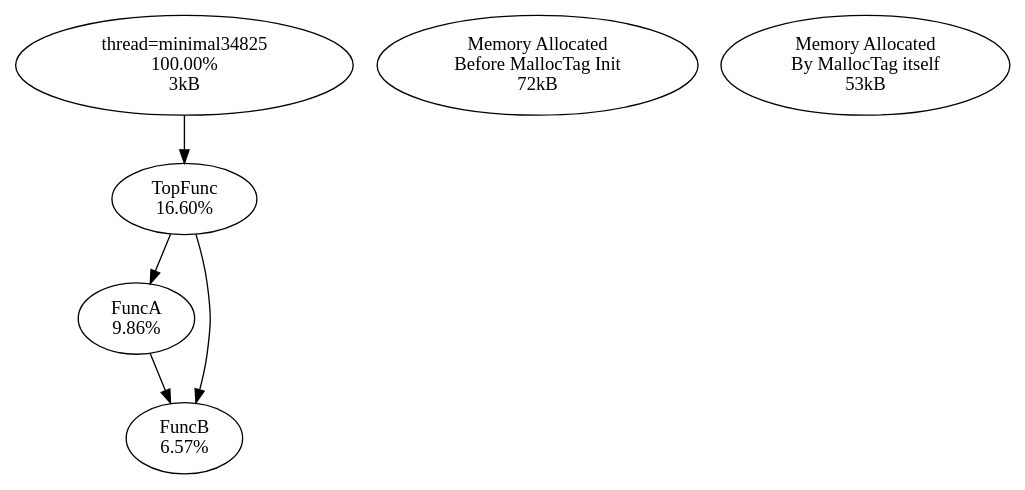
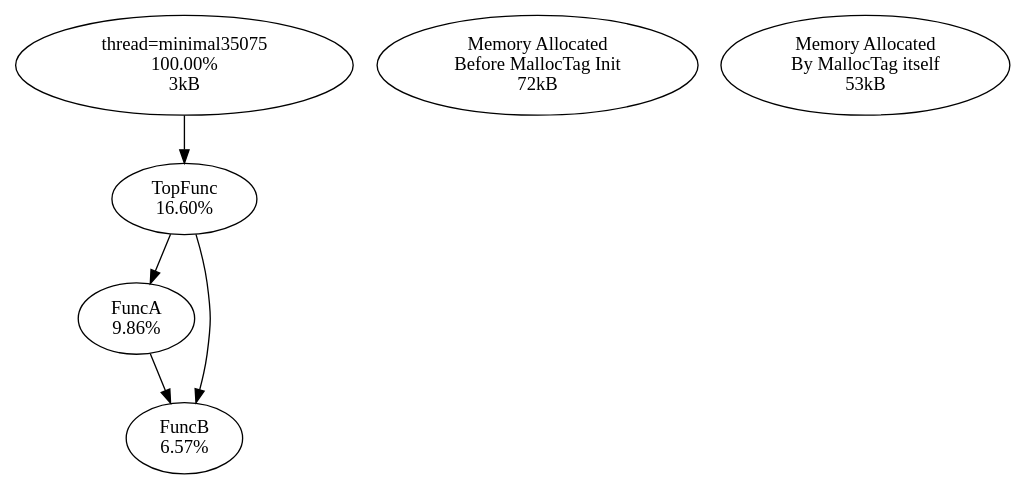
The diagram in examples/minimal/minimal_stats.dot (f18m/malloc-tag), drawn with Graphviz before and after one commit. The commit also changed 11 other files, not shown here.

```diff
--- a/examples/minimal/minimal_stats.dot
+++ b/examples/minimal/minimal_stats.dot
@@ -1,13 +1,13 @@
 digraph MallocTree {
-minimal34825 [label="thread=minimal34825\n100.00%\n3kB"]
-minimal34825 -> TopFunc
+minimal35075 [label="thread=minimal35075\n100.00%\n3kB"]
+minimal35075 -> TopFunc
 TopFunc [label="TopFunc\n16.60%"]
 TopFunc -> FuncA
 TopFunc -> FuncB
 FuncA [label="FuncA\n9.86%"]
 FuncA -> FuncB
 FuncB [label="FuncB\n6.57%"]
 FuncB [label="FuncB\n6.57%"]
 __before_init_node__ [label="Memory Allocated\nBefore MallocTag Init\n72kB"]
 __malloctag_self_memory__ [label="Memory Allocated\nBy MallocTag itself\n53kB"]
 }
```
